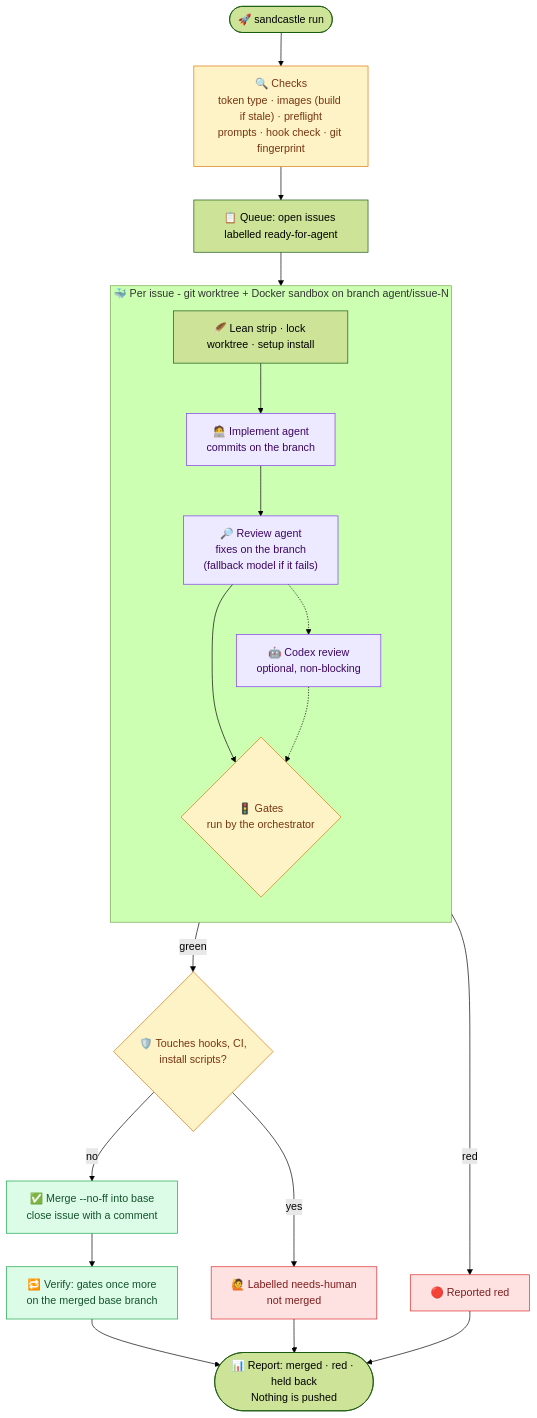
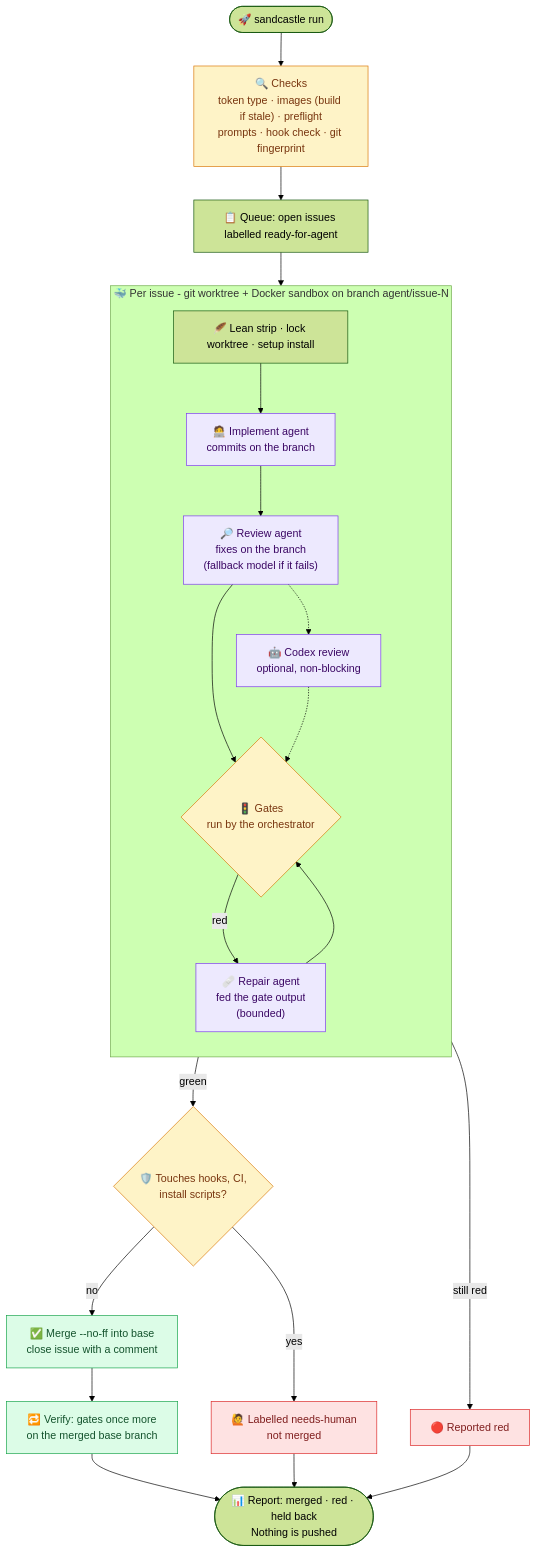
Before and after one commit to henkisdabro/sandcastle-kit: the second of 3 diagrams in README.md, drawn with Mermaid (forest theme). The commit also changed other lines of this file and 17 other files, not shown here.

````diff
--- a/README.md
+++ b/README.md
@@ -140,33 +143,35 @@
 ```mermaid
 flowchart TD
     S(["🚀 sandcastle run"]) --> P["🔍 Checks<br/>token type · images (build if stale) · preflight<br/>prompts · hook check · git fingerprint"]
     P --> Q["📋 Queue: open issues labelled ready-for-agent"]
     Q --> W
 
     subgraph W ["🐳 Per issue - git worktree + Docker sandbox on branch agent/issue-N"]
         direction TB
         L["🪶 Lean strip · lock worktree · setup install"] --> I["🧑‍💻 Implement agent<br/>commits on the branch"]
         I --> R["🔎 Review agent<br/>fixes on the branch<br/>(fallback model if it fails)"]
         R -.-> X["🤖 Codex review<br/>optional, non-blocking"]
         R --> G{"🚦 Gates<br/>run by the orchestrator"}
         X -.-> G
+        G -- "red" --> FX["🩹 Repair agent<br/>fed the gate output<br/>(bounded)"]
+        FX --> G
     end
 
     G -- "green" --> PP{"🛡️ Touches hooks, CI,<br/>install scripts?"}
-    G -- "red" --> RED["🔴 Reported red"]
+    G -- "still red" --> RED["🔴 Reported red"]
     PP -- "no" --> M["✅ Merge --no-ff into base<br/>close issue with a comment"]
     PP -- "yes" --> NH["🙋 Labelled needs-human<br/>not merged"]
     M --> V["🔁 Verify: gates once more<br/>on the merged base branch"]
     V --> REP(["📊 Report: merged · red · held back<br/>Nothing is pushed"])
     RED --> REP
     NH --> REP
 
     classDef ok fill:#dcfce7,stroke:#16a34a,color:#14532d
     classDef bad fill:#fee2e2,stroke:#dc2626,color:#7f1d1d
     classDef agent fill:#ede9fe,stroke:#7c3aed,color:#3b0764
     classDef gate fill:#fef3c7,stroke:#d97706,color:#78350f
     class M,V ok
     class RED,NH bad
-    class I,R,X agent
+    class I,R,X,FX agent
     class G,PP,P gate
 ```
````
